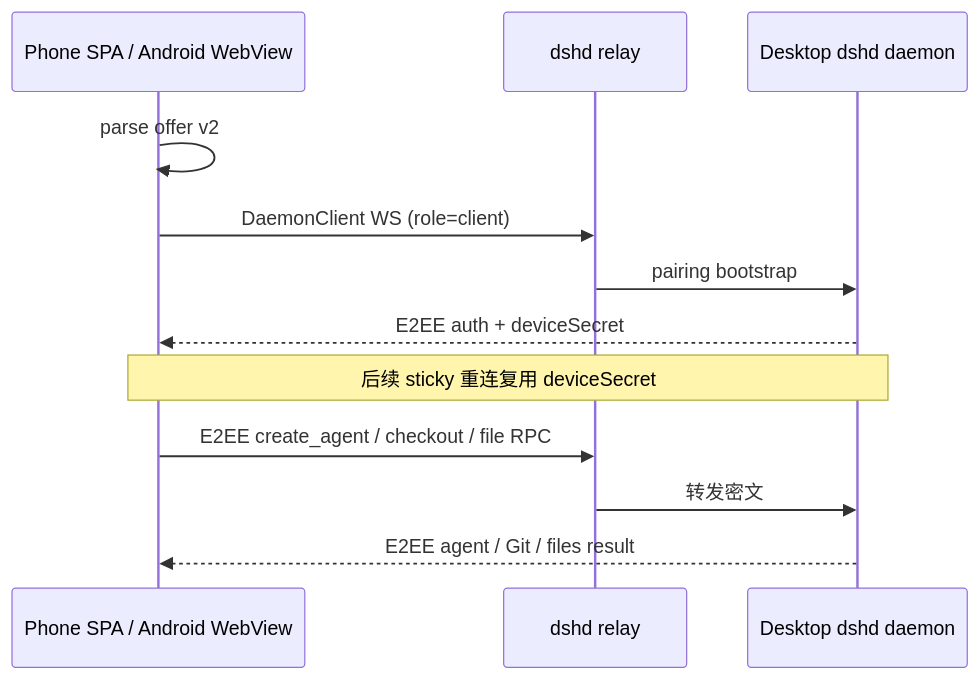
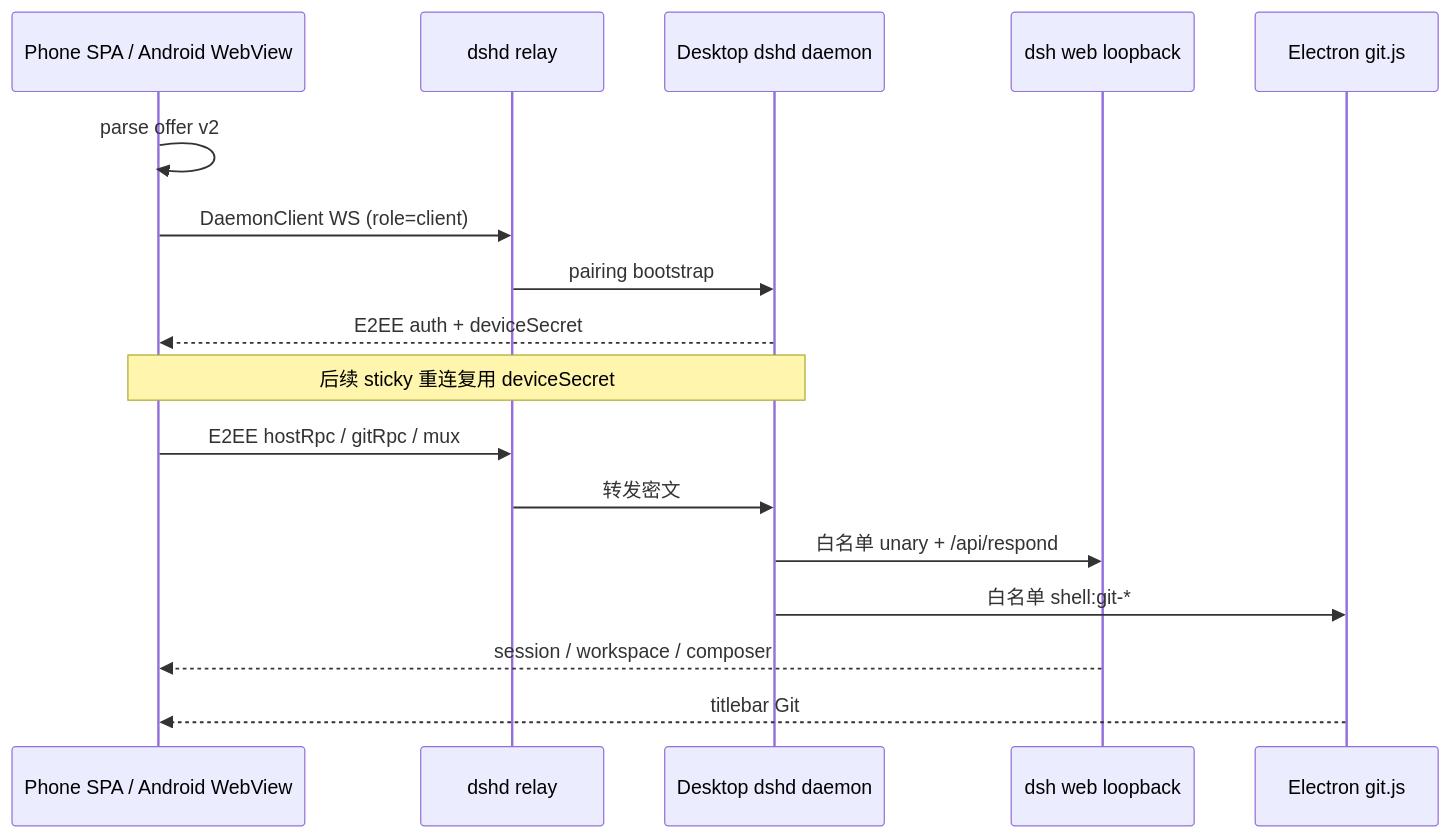
One commit to ChisaAlter/Deepseek-Harness-Desktop changed the diagram in docs/handbook/flows/remote-pair.md. Above: the diagram before and after it, drawn with Mermaid. The commit also changed other lines of this file and 82 other files, not shown here.

First line of the commit message:
feature(mobile-remote): run paired SPA as a dsh web second client

````diff
--- a/docs/handbook/flows/remote-pair.md
+++ b/docs/handbook/flows/remote-pair.md
@@ -22,14 +21,19 @@
 ```mermaid
 sequenceDiagram
   participant Phone as Phone SPA / Android WebView
   participant Relay as dshd relay
   participant Daemon as Desktop dshd daemon
+  participant Host as dsh web loopback
+  participant Git as Electron git.js
   Phone->>Phone: parse offer v2
   Phone->>Relay: DaemonClient WS (role=client)
   Relay->>Daemon: pairing bootstrap
   Daemon-->>Phone: E2EE auth + deviceSecret
   Note over Phone,Daemon: 后续 sticky 重连复用 deviceSecret
-  Phone->>Relay: E2EE create_agent / checkout / file RPC
+  Phone->>Relay: E2EE hostRpc / gitRpc / mux
   Relay->>Daemon: 转发密文
-  Daemon-->>Phone: E2EE agent / Git / files result
+  Daemon->>Host: 白名单 unary + /api/respond
+  Daemon->>Git: 白名单 shell:git-*
+  Host-->>Phone: session / workspace / composer
+  Git-->>Phone: titlebar Git
 ```
````
